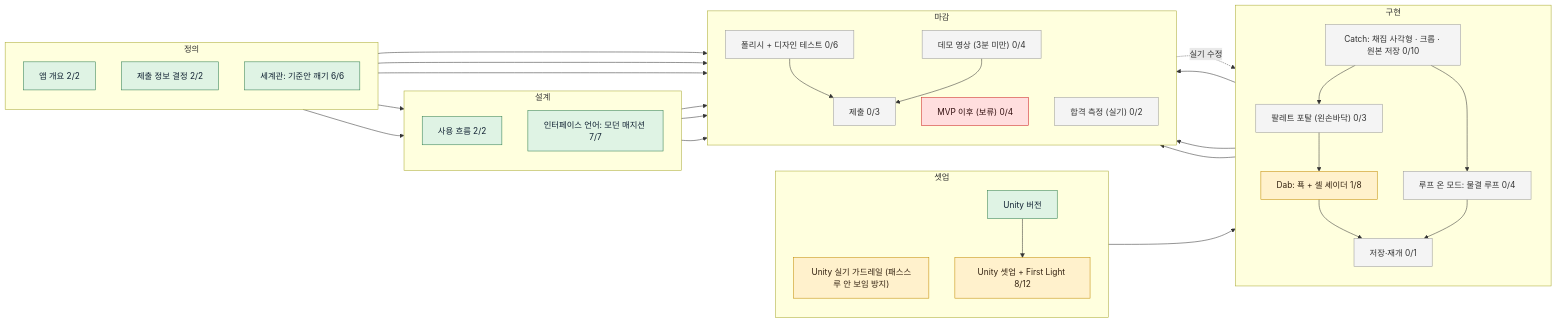
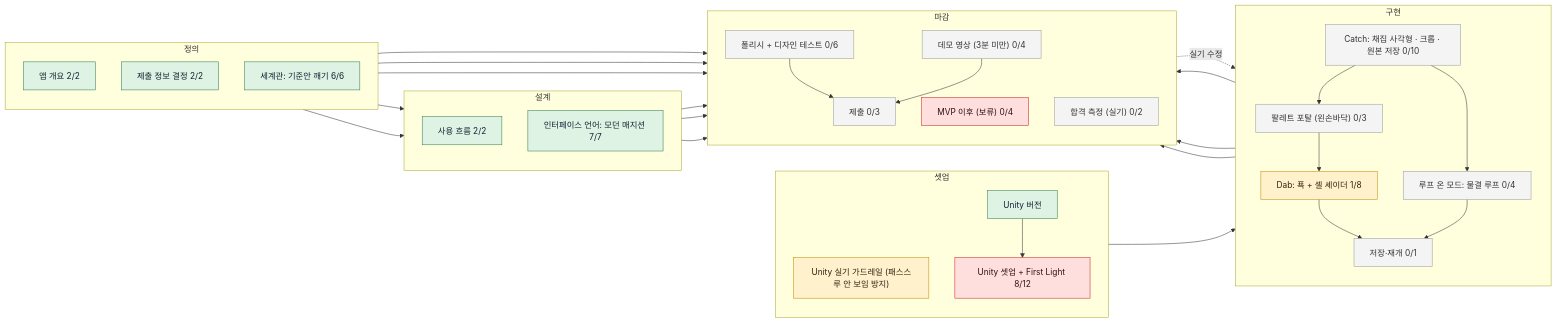
The diagram in board/BOARD.md (reality404studio/meta-mr-picker), drawn with Mermaid before and after one commit. The commit also changed other lines of this file and 12 other files, not shown here.

````diff
--- a/board/BOARD.md
+++ b/board/BOARD.md
@@ -18,63 +18,63 @@
 ```mermaid
 flowchart LR
   subgraph s_define["정의"]
     direction TB
     brief["앱 개요 2/2"]:::done
     submit_meta["제출 정보 결정 2/2"]:::done
     world["세계관: 기준안 깨기 6/6"]:::done
   end
   subgraph s_design["설계"]
     direction TB
     usage_flow["사용 흐름 2/2"]:::done
     interface["인터페이스 언어: 모던 매지션 7/7"]:::done
   end
   subgraph s_prototype["셋업"]
     direction TB
     use_unity_guardrails["Unity 실기 가드레일 (패스스루 안 보임 방지)"]:::doing
     use_unity_version["Unity 버전"]:::done
-    setup["Unity 셋업 + First Light 8/12"]:::doing
+    setup["Unity 셋업 + First Light 8/12"]:::blocked
   end
   subgraph s_build["구현"]
     direction TB
     catch["Catch: 채집 사각형 · 크롭 · 원본 저장 0/10"]:::todo
     loop["루프 온 모드: 물결 루프 0/4"]:::todo
     portal["팔레트 포탈 (왼손바닥) 0/3"]:::todo
     dab["Dab: 푝 + 셀 셰이더 1/8"]:::doing
     export["저장·재개 0/1"]:::todo
   end
   subgraph s_review["마감"]
     direction TB
     polish["폴리시 + 디자인 테스트 0/6"]:::todo
     demo_video["데모 영상 (3분 미만) 0/4"]:::todo
     submit["제출 0/3"]:::todo
     post_mvp["MVP 이후 (보류) 0/4"]:::blocked
     acceptance["합격 측정 (실기) 0/2"]:::todo
   end
   brief --> usage_flow
   use_unity_version --> setup
   setup --> catch
   catch --> loop
   catch --> portal
   portal --> dab
   dab --> export
   loop --> export
   export --> polish
   usage_flow --> polish
   catch --> demo_video
   polish --> submit
   demo_video --> submit
   submit_meta --> submit
   polish -.->|실기 수정| dab
   world --> demo_video
   world --> polish
   world --> interface
   interface --> polish
   interface --> demo_video
   dab --> acceptance
   classDef done fill:#dff3e4,stroke:#2e7d4f,color:#123
   classDef doing fill:#fff1cc,stroke:#c28a00,color:#321
   classDef review fill:#ece4ff,stroke:#6a4fc2,color:#213
   classDef proof fill:#dceaff,stroke:#3f7fd6,color:#123
   classDef todo fill:#f4f4f4,stroke:#999,color:#333
   classDef blocked fill:#ffdede,stroke:#c22,color:#311
 ```
````
